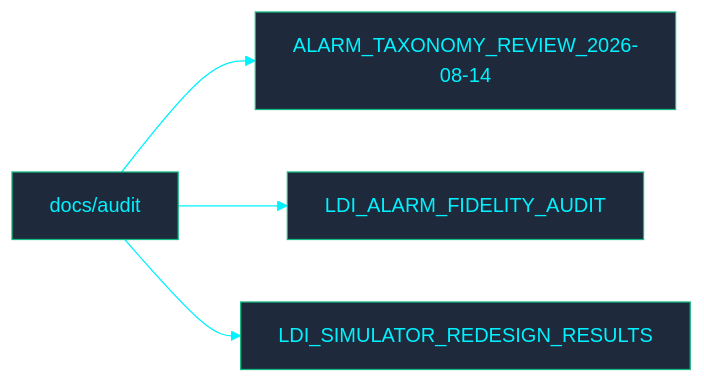
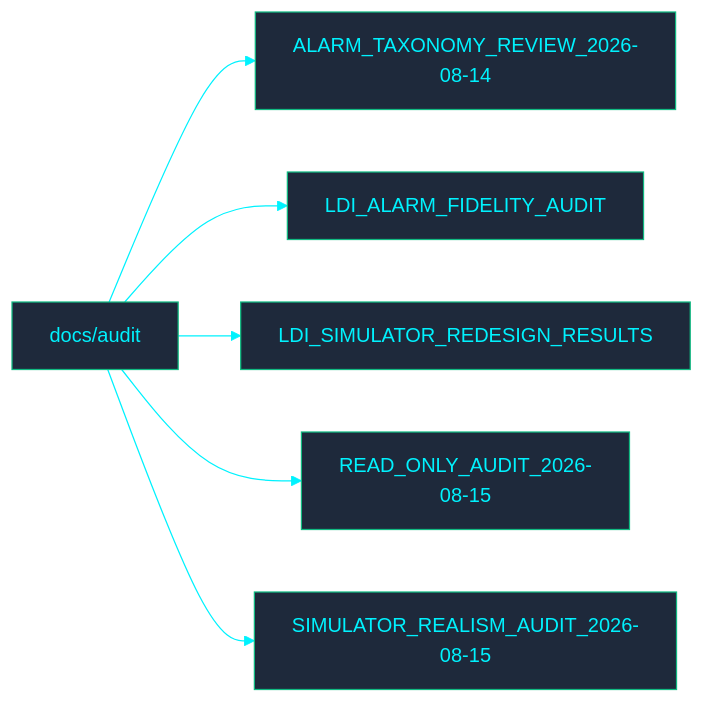
One commit to PATTANAKORN025/IMS changed the diagram in docs/audit/README.md. Above: the diagram before and after it, drawn with Mermaid. The commit also changed other lines of this file and 21 other files, not shown here.

````diff
--- a/docs/audit/README.md
+++ b/docs/audit/README.md
@@ -7,8 +7,10 @@
 ```mermaid
 %%{init: {'theme': 'base', 'themeVariables': { 'primaryColor': '#1e293b', 'primaryTextColor': '#00F2FE', 'primaryBorderColor': '#10B981', 'lineColor': '#00F2FE', 'secondaryColor': '#0f172a', 'tertiaryColor': '#0f172a', 'clusterBkg': '#030407', 'clusterBorder': '#00F2FE'}}}%%
 flowchart LR
   ROOT["docs/audit"]
   ROOT --> F0["ALARM_TAXONOMY_REVIEW_2026-08-14"]
   ROOT --> F1["LDI_ALARM_FIDELITY_AUDIT"]
   ROOT --> F2["LDI_SIMULATOR_REDESIGN_RESULTS"]
+  ROOT --> F3["READ_ONLY_AUDIT_2026-08-15"]
+  ROOT --> F4["SIMULATOR_REALISM_AUDIT_2026-08-15"]
 ```
````
